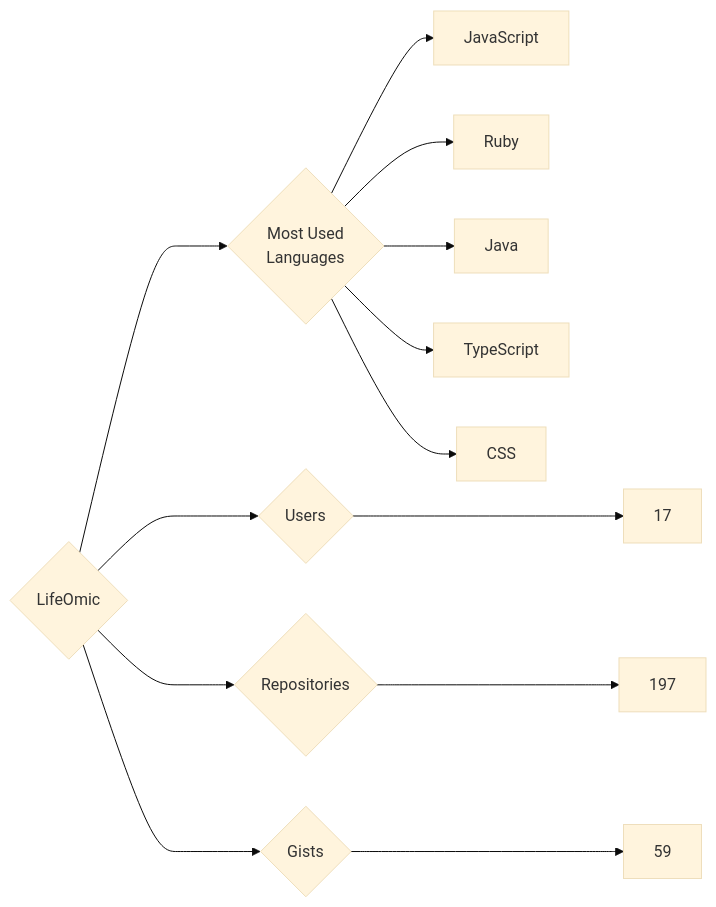
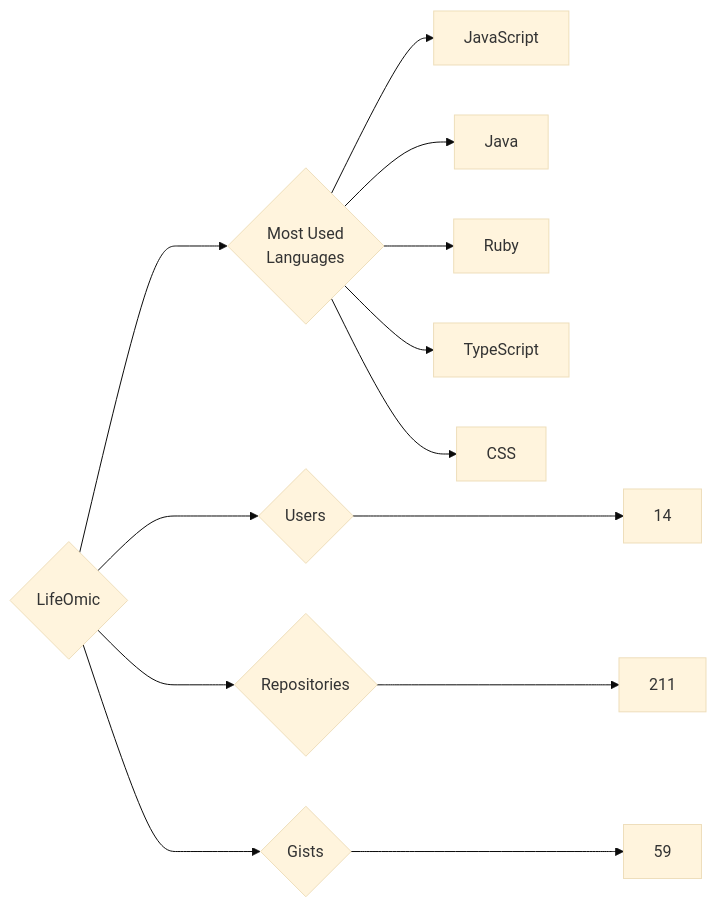
One commit to trickest/insiders changed the diagram in targets/LifeOmic/README.md. Above: the diagram before and after it, drawn with Mermaid (base theme). The commit also changed 1248 other files, not shown here.

````diff
--- a/targets/LifeOmic/README.md
+++ b/targets/LifeOmic/README.md
@@ -3,13 +3,13 @@
 ```mermaid
 graph LR
 COMPANY_NAME{LifeOmic}
-COMPANY_NAME ---> U{Users} ---> UN[17]
-COMPANY_NAME ---> R{Repositories} ---> RN[197]
+COMPANY_NAME ---> U{Users} ---> UN[14]
+COMPANY_NAME ---> R{Repositories} ---> RN[211]
 COMPANY_NAME ---> G{Gists} ---> GN[59]
 COMPANY_NAME ---> ML{Most Used<br>Languages}
 ML --> JavaScript[JavaScript]
+ML --> Java[Java]
 ML --> Ruby[Ruby]
-ML --> Java[Java]
 ML --> TypeScript[TypeScript]
 ML --> CSS[CSS]
 ```
````
